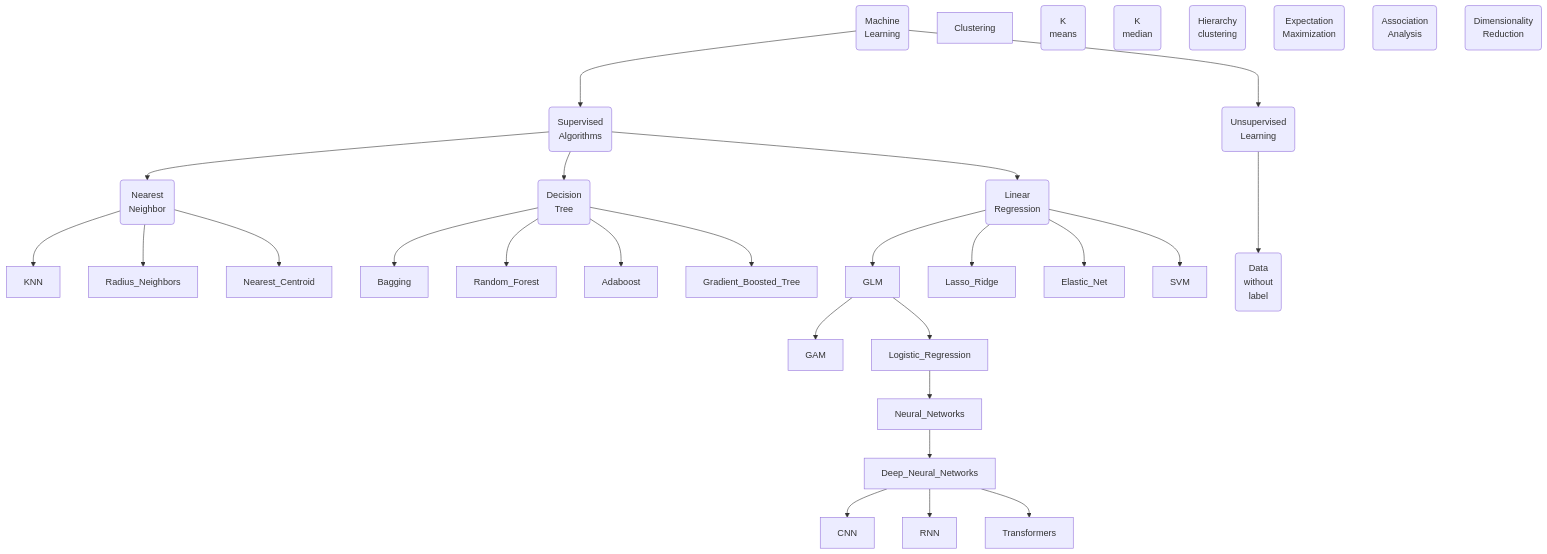
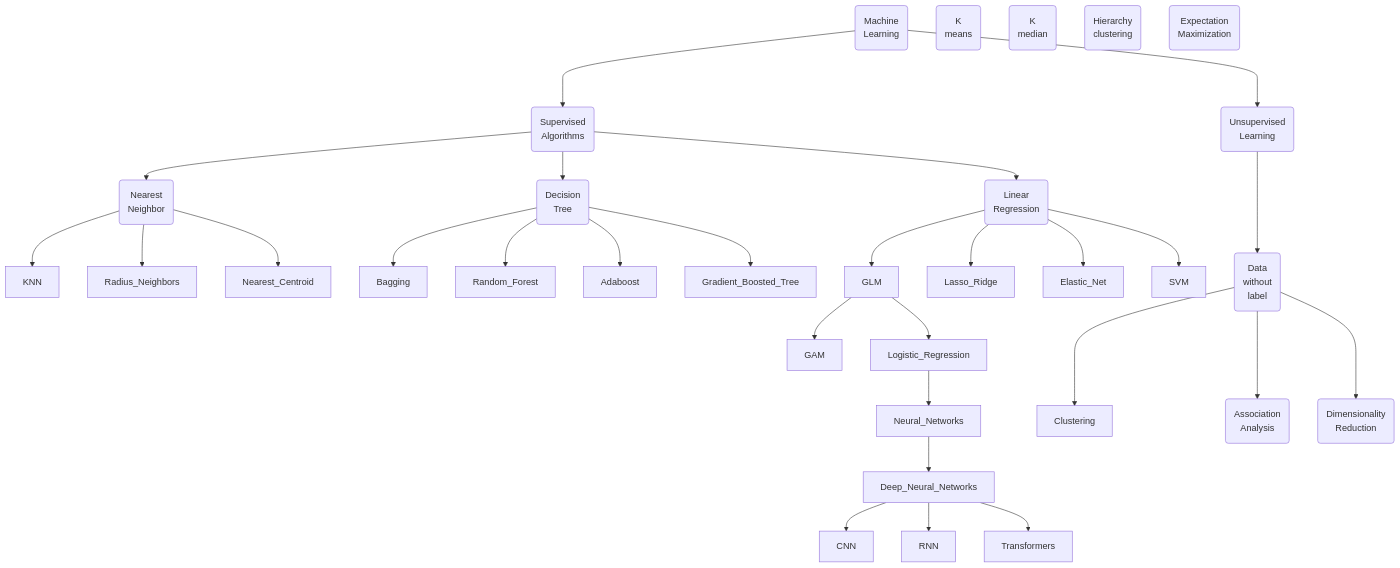
The diagram in ML_Tree.md (hwetsman/Public_Notes), drawn with Mermaid before and after one commit.

Commit message:
Refactor: add data links

`````diff
--- a/ML_Tree.md
+++ b/ML_Tree.md
@@ -1,46 +1,49 @@
 ````mermaid
 flowchart TB
   Machine_Learning(Machine<br>Learning)
   Supervised(Supervised<br>Algorithms)
     Supervised-->Nearest(Nearest<br>Neighbor)
       Machine_Learning--->Supervised
     Nearest --> KNN
     Nearest --> Radius_Neighbors
     Nearest --> Nearest_Centroid
     Supervised --> Decision(Decision<br>Tree)
     Decision --> Bagging
     Decision --> Random_Forest
     Decision --> Adaboost
     Decision --> Gradient_Boosted_Tree
     Supervised --> Linear(Linear<br>Regression)
     Linear --> GLM
     GLM --> GAM
     GLM --> Logistic_Regression
     Logistic_Regression --> Neural_Networks
     Neural_Networks --> Deep_Neural_Networks
     Deep_Neural_Networks --> CNN
     Deep_Neural_Networks --> RNN
     Deep_Neural_Networks --> Transformers
     Linear --> Lasso_Ridge
     Linear --> Elastic_Net
     Linear --> SVM
 
     Unsupervised(Unsupervised<br>Learning)
       Machine_Learning--->Unsupervised
         Data(Data<br>without<br>label)
         Unsupervised--->Data
 
         Clustering
+          Data--->Clustering
           K_mean(K<br>means)
           K_med(K<br>median)
           hierarchy(Hierarchy<br>clustering)
           Expectation(Expectation<br>Maximization)
 
         Association(Association<br>Analysis)
+          Data--->Association
 
         Dimension(Dimensionality<br>Reduction)
+          Data--->Dimension
       
 
 
 
 ````
`````
